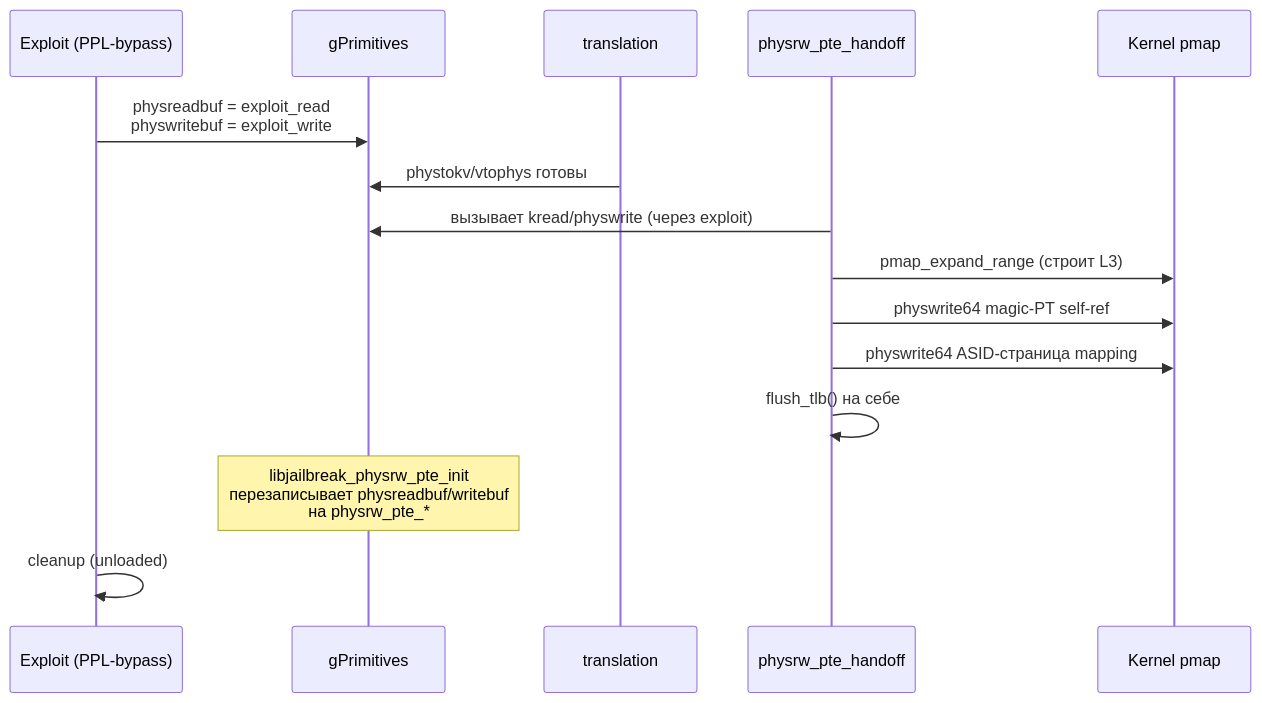
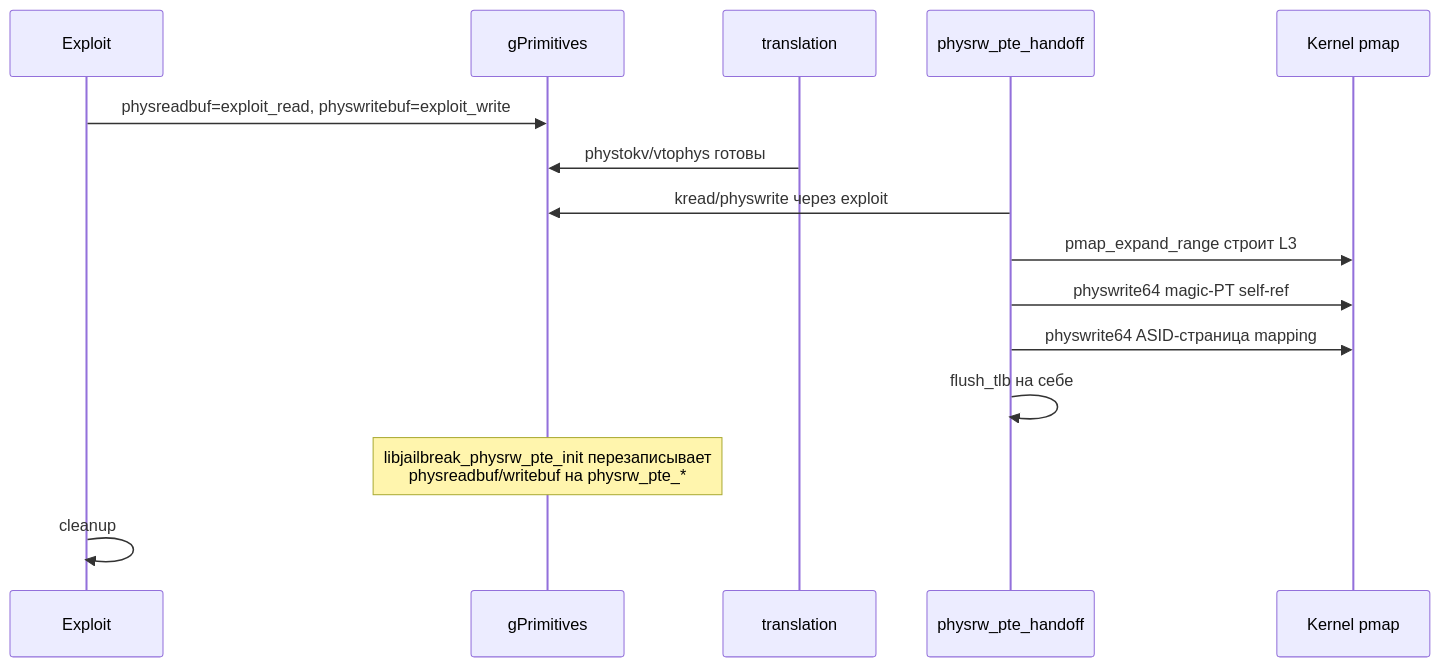
The third of 3 diagrams in deep-dive/07-physrw.md (RouuKRoo/Dopamine-roothide), drawn with Mermaid before and after one commit. The commit also changed other lines of this file and 14 other files, not shown here.

````diff
--- a/deep-dive/07-physrw.md
+++ b/deep-dive/07-physrw.md
@@ -624,18 +624,18 @@
 ```mermaid
 sequenceDiagram
-    participant E as Exploit (PPL-bypass)
+    participant E as Exploit
     participant G as gPrimitives
     participant T as translation
     participant H as physrw_pte_handoff
     participant K as Kernel pmap
 
-    E->>G: physreadbuf = exploit_read<br/>physwritebuf = exploit_write
+    E->>G: physreadbuf=exploit_read, physwritebuf=exploit_write
     T->>G: phystokv/vtophys готовы
-    H->>G: вызывает kread/physwrite (через exploit)
-    H->>K: pmap_expand_range (строит L3)
+    H->>G: kread/physwrite через exploit
+    H->>K: pmap_expand_range строит L3
     H->>K: physwrite64 magic-PT self-ref
     H->>K: physwrite64 ASID-страница mapping
-    H->>H: flush_tlb() на себе
-    Note over G: libjailbreak_physrw_pte_init<br/>перезаписывает physreadbuf/writebuf<br/>на physrw_pte_*
-    E->>E: cleanup (unloaded)
+    H->>H: flush_tlb на себе
+    Note over G: libjailbreak_physrw_pte_init перезаписывает<br/>physreadbuf/writebuf на physrw_pte_*
+    E->>E: cleanup
 ```
````
